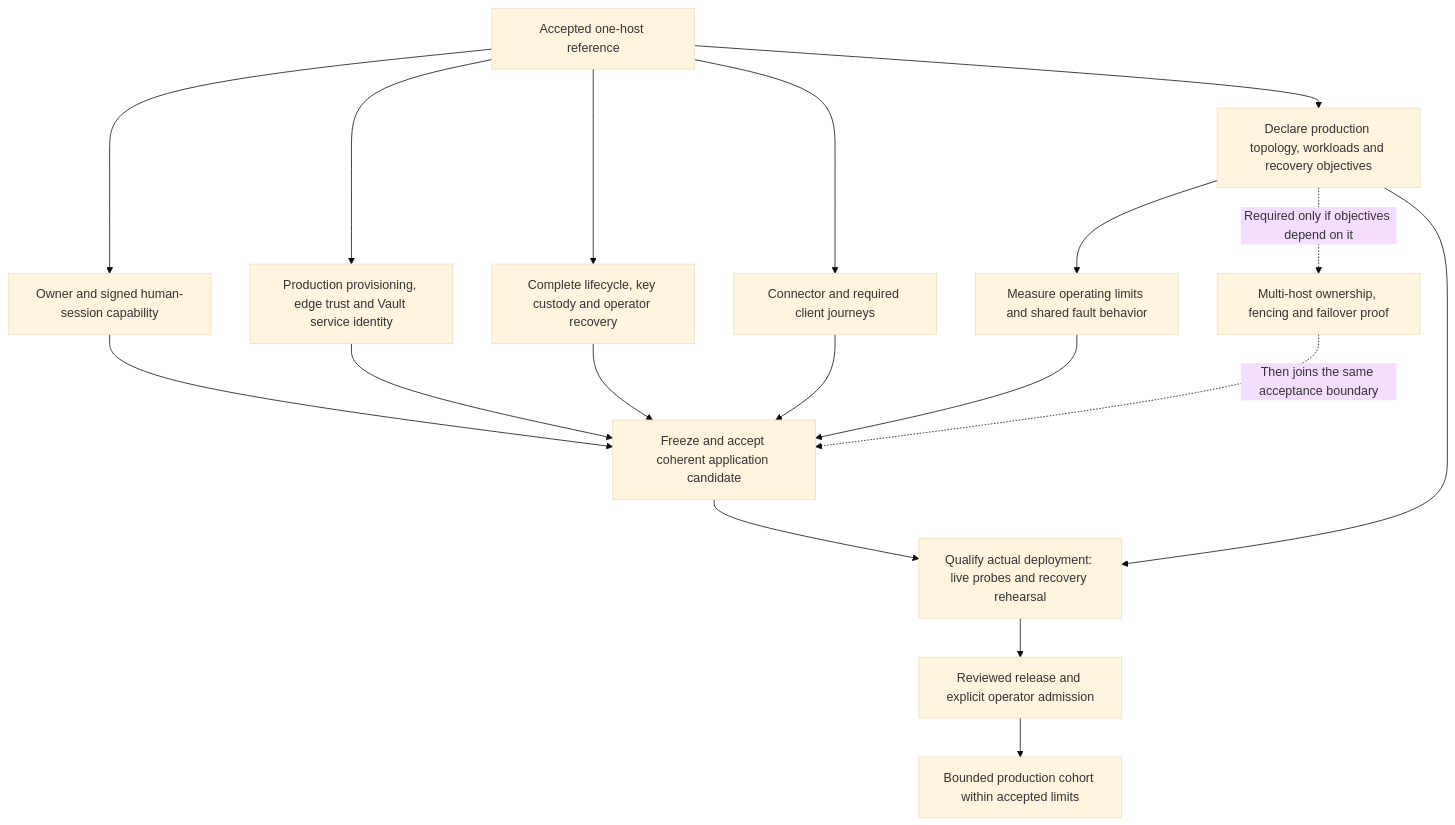
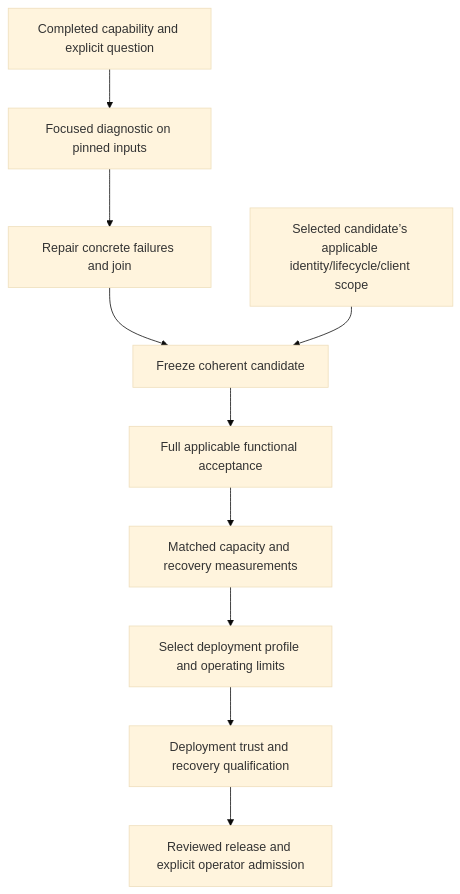
One commit to bewest/rag-nightscout-ecosystem-alignment changed the diagram in docs/30-design/tenancy/production-critical-path.md. Above: the diagram before and after it, drawn with Mermaid (base theme). The commit also changed other lines of this file and 5 other files, not shown here.

Commit message:
Clarify multitenant topology, deployment and production guidance

````diff
--- a/docs/30-design/tenancy/production-critical-path.md
+++ b/docs/30-design/tenancy/production-critical-path.md
@@ -50,20 +48,12 @@
 ```mermaid
 flowchart TD
-  A["Accepted one-host reference"] --> B["Declare production topology, workloads and recovery objectives"]
-  A --> C["Owner and signed human-session capability"]
-  A --> D["Production provisioning, edge trust and Vault service identity"]
-  A --> E["Complete lifecycle, key custody and operator recovery"]
-  A --> F["Connector and required client journeys"]
-  B --> G["Measure operating limits and shared fault behavior"]
-  C --> H["Freeze and accept coherent application candidate"]
-  D --> H
-  E --> H
-  F --> H
-  G --> H
-  H --> I["Qualify actual deployment: live probes and recovery rehearsal"]
-  B --> I
-  I --> J["Reviewed release and explicit operator admission"]
-  J --> K["Bounded production cohort within accepted limits"]
-  B -. "Required only if objectives depend on it" .-> L["Multi-host ownership, fencing and failover proof"]
-  L -. "Then joins the same acceptance boundary" .-> H
+  C["Completed capability and explicit question"] --> D["Focused diagnostic on pinned inputs"]
+  D --> R["Repair concrete failures and join"]
+  R --> F["Freeze coherent candidate"]
+  F --> A["Full applicable functional acceptance"]
+  A --> M["Matched capacity and recovery measurements"]
+  M --> P["Select deployment profile and operating limits"]
+  P --> Q["Deployment trust and recovery qualification"]
+  Q --> O["Reviewed release and explicit operator admission"]
+  X["Selected candidate’s applicable identity/lifecycle/client scope"] --> F
 ```
````
